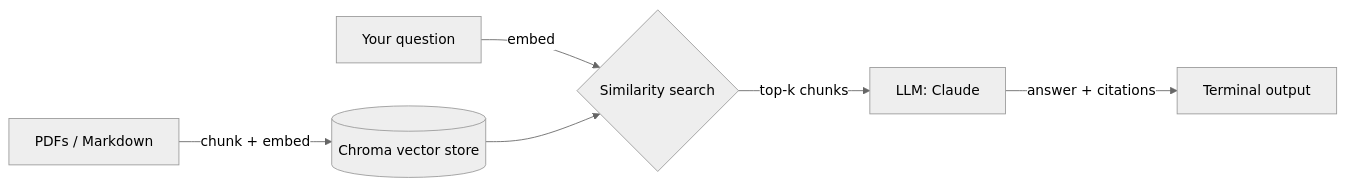
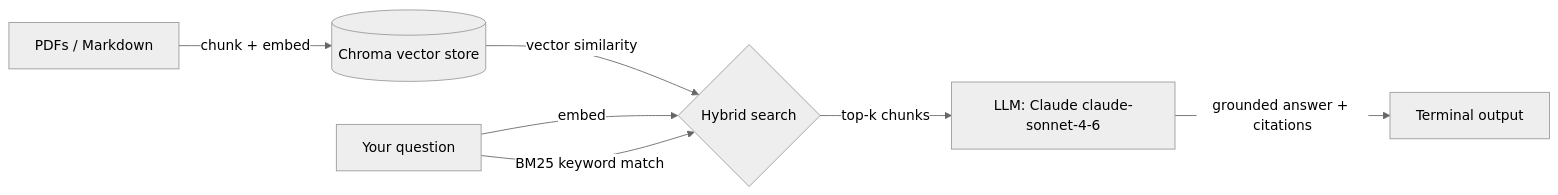
The diagram in README.md (Sege-Peter/Notes-QA), drawn with Mermaid (neutral theme) before and after one commit. The commit also changed other lines of this file and 14 other files, not shown here.

Commit message:
Add hybrid search with BM25 rank fusion, relevance threshold filtering, and sample notes

````diff
--- a/README.md
+++ b/README.md
@@ -20,8 +20,9 @@
 ```mermaid
 flowchart LR
     A[PDFs / Markdown] -->|chunk + embed| B[(Chroma vector store)]
-    Q[Your question] -->|embed| C{Similarity search}
-    B --> C
-    C -->|top-k chunks| D[LLM: Claude]
-    D -->|answer + citations| E[Terminal output]
+    Q[Your question] -->|embed| C{Hybrid search}
+    B -->|vector similarity| C
+    Q -->|BM25 keyword match| C
+    C -->|top-k chunks| D[LLM: Claude claude-sonnet-4-6]
+    D -->|grounded answer + citations| E[Terminal output]
 ```
````
